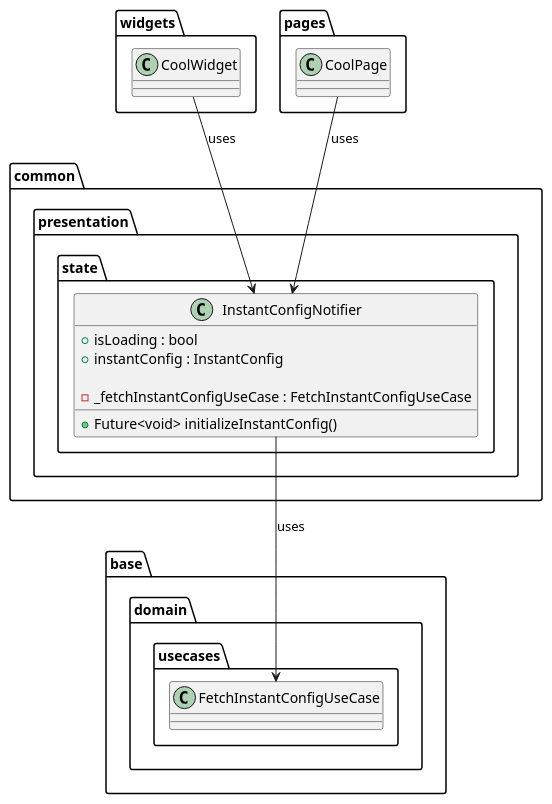
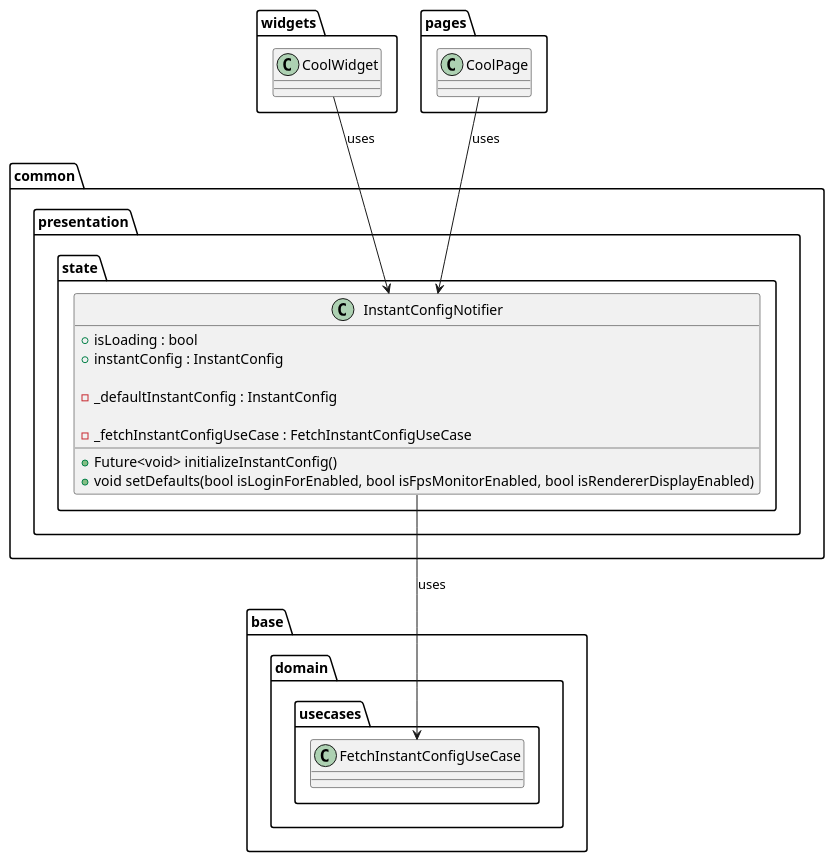
One commit to Flank/flank-dashboard changed the diagram in metrics/web/docs/features/instant_config/diagrams/instant_config_presentation_layer_class_diagram.puml. Above: the diagram before and after it, drawn with PlantUML. The commit also changed 4 other files, not shown here.

```diff
--- a/metrics/web/docs/features/instant_config/diagrams/instant_config_presentation_layer_class_diagram.puml
+++ b/metrics/web/docs/features/instant_config/diagrams/instant_config_presentation_layer_class_diagram.puml
@@ -1,32 +1,35 @@
 @startuml instant_config_presentation_layer_class_diagram
 
 package base.domain.usecases {
     class FetchInstantConfigUseCase {}
 }
 
 package common.presentation.state {
     class InstantConfigNotifier {
         + isLoading : bool
         + instantConfig : InstantConfig
 
+        - _defaultInstantConfig : InstantConfig
+
         - _fetchInstantConfigUseCase : FetchInstantConfigUseCase
 
         + Future<void> initializeInstantConfig()
+        + void setDefaults(bool isLoginForEnabled, bool isFpsMonitorEnabled, bool isRendererDisplayEnabled)
     }
 }
 
 package widgets {
     class CoolWidget {}
 }
 
 package pages {
     class CoolPage {}
 }
 
 CoolWidget --> InstantConfigNotifier : uses
 
 CoolPage --> InstantConfigNotifier : uses
 
 InstantConfigNotifier --> FetchInstantConfigUseCase : uses
 
 @enduml
```
